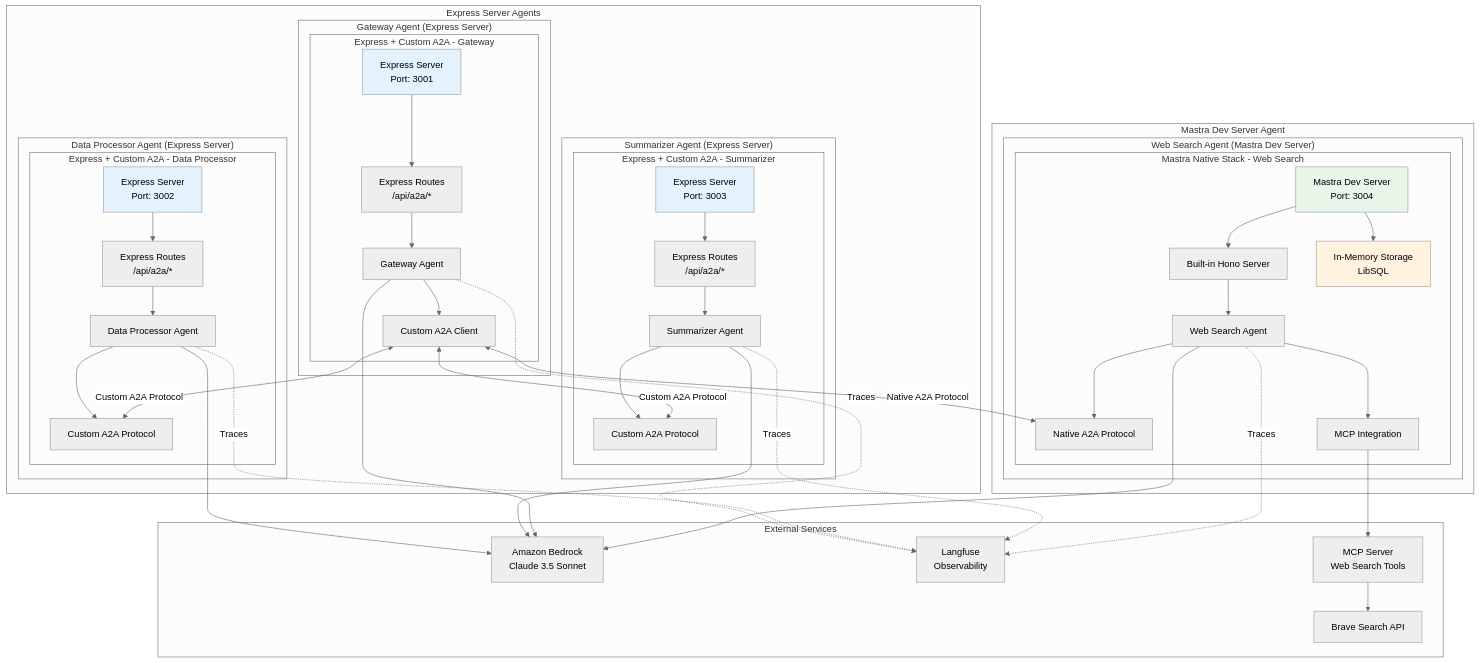
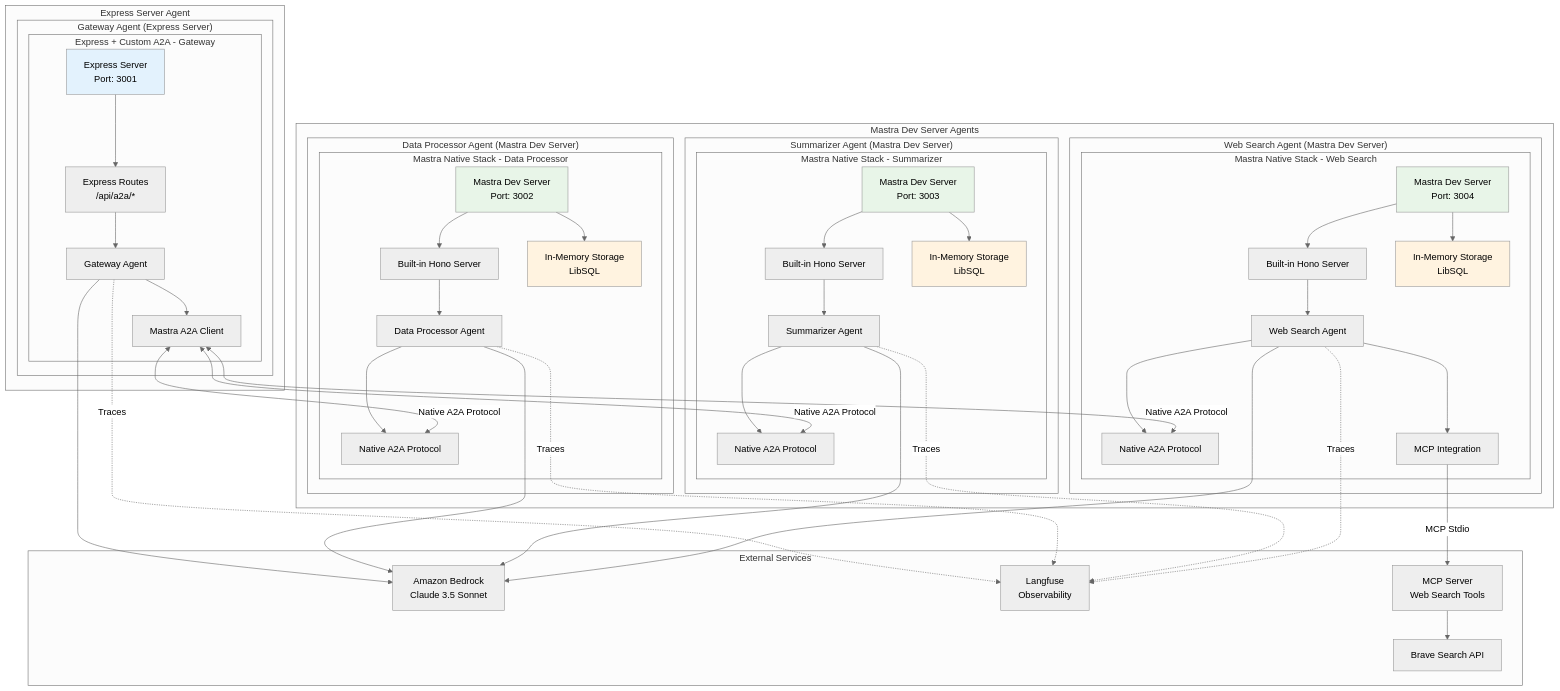
One commit to tubone24/a2a_mastra changed the first of 8 diagrams in README.md. Above: the diagram before and after it, drawn with Mermaid (neutral theme). The commit also changed other lines of this file, not shown here.

Commit message:
🔄 refactor(README.md): 現在の実装を更新し、エージェントのアーキテクチャを明確にする

````diff
--- a/README.md
+++ b/README.md
@@ -29,91 +29,84 @@
 ```mermaid
-graph TB
-    subgraph "Express Server Agents"
-        subgraph "Gateway Agent (Express Server)"
-            subgraph "Express + Custom A2A - Gateway"
-                GW_EXPRESS[Express Server<br/>Port: 3001]
-                GW_ROUTES[Express Routes<br/>/api/a2a/*]
-                GW_MASTRA_AGENT[Gateway Agent]
-                GW_CUSTOM_A2A[Custom A2A Client]
-            end
-            
-            GW_EXPRESS --> GW_ROUTES
-            GW_ROUTES --> GW_MASTRA_AGENT
-            GW_MASTRA_AGENT --> GW_CUSTOM_A2A
-        end
-        
-        subgraph "Data Processor Agent (Express Server)"
-            subgraph "Express + Custom A2A - Data Processor"
-                DP_EXPRESS[Express Server<br/>Port: 3002]
-                DP_ROUTES[Express Routes<br/>/api/a2a/*]
-                DP_AGENT[Data Processor Agent]
-                DP_CUSTOM_A2A[Custom A2A Protocol]
-            end
-            
-            DP_EXPRESS --> DP_ROUTES
-            DP_ROUTES --> DP_AGENT
-            DP_AGENT --> DP_CUSTOM_A2A
-        end
-        
-        subgraph "Summarizer Agent (Express Server)"
-            subgraph "Express + Custom A2A - Summarizer"
-                SM_EXPRESS[Express Server<br/>Port: 3003]
-                SM_ROUTES[Express Routes<br/>/api/a2a/*]
-                SM_AGENT[Summarizer Agent]
-                SM_CUSTOM_A2A[Custom A2A Protocol]
-            end
-            
-            SM_EXPRESS --> SM_ROUTES
-            SM_ROUTES --> SM_AGENT
-            SM_AGENT --> SM_CUSTOM_A2A
-        end
-    end
-    
-    subgraph "Mastra Dev Server Agent"
-        subgraph "Web Search Agent (Mastra Dev Server)"
-            subgraph "Mastra Native Stack - Web Search"
-                WS_MASTRA_DEV[Mastra Dev Server<br/>Port: 3004]
-                WS_MASTRA_HONO[Built-in Hono Server]
-                WS_MASTRA_AGENT[Web Search Agent]
-                WS_MASTRA_A2A[Native A2A Protocol]
-                WS_MASTRA_STORAGE[In-Memory Storage<br/>LibSQL]
-                WS_MCP_INTEGRATION[MCP Integration]
-            end
-            
-            WS_MASTRA_DEV --> WS_MASTRA_HONO
-            WS_MASTRA_HONO --> WS_MASTRA_AGENT
-            WS_MASTRA_AGENT --> WS_MASTRA_A2A
-            WS_MASTRA_AGENT --> WS_MCP_INTEGRATION
-            WS_MASTRA_DEV --> WS_MASTRA_STORAGE
-        end
-    end
-    
-    subgraph "External Services"
-        BEDROCK[Amazon Bedrock<br/>Claude 3.5 Sonnet]
-        LANGFUSE[Langfuse<br/>Observability]
-        BRAVE[Brave Search API]
-        MCP[MCP Server<br/>Web Search Tools]
-    end
-    
-    GW_CUSTOM_A2A <-->|Custom A2A Protocol| DP_CUSTOM_A2A
-    GW_CUSTOM_A2A <-->|Custom A2A Protocol| SM_CUSTOM_A2A
-    GW_CUSTOM_A2A <-->|Native A2A Protocol| WS_MASTRA_A2A
-    
-    DP_AGENT --> BEDROCK
-    SM_AGENT --> BEDROCK
-    GW_MASTRA_AGENT --> BEDROCK
-    WS_MASTRA_AGENT --> BEDROCK
-    WS_MCP_INTEGRATION --> MCP
-    MCP --> BRAVE
-    
-    GW_MASTRA_AGENT -.->|Traces| LANGFUSE
-    DP_AGENT -.->|Traces| LANGFUSE
-    SM_AGENT -.->|Traces| LANGFUSE
-    WS_MASTRA_AGENT -.->|Traces| LANGFUSE
-    
-    style GW_EXPRESS fill:#e3f2fd
-    style DP_EXPRESS fill:#e3f2fd
-    style SM_EXPRESS fill:#e3f2fd
-    style WS_MASTRA_DEV fill:#e8f5e8
-    style WS_MASTRA_STORAGE fill:#fff3e0
+flowchart TB
+   subgraph subGraph0["Express + Custom A2A - Gateway"]
+      GW_EXPRESS["Express Server<br>Port: 3001"]
+      GW_ROUTES["Express Routes<br>/api/a2a/*"]
+      GW_MASTRA_AGENT["Gateway Agent"]
+      GW_CUSTOM_A2A["Mastra A2A Client"]
+   end
+   subgraph subGraph1["Gateway Agent (Express Server)"]
+      subGraph0
+   end
+   subgraph subGraph2["Express Server Agent"]
+      subGraph1
+   end
+   subgraph subGraph3["Mastra Native Stack - Data Processor"]
+      DP_MASTRA_DEV["Mastra Dev Server<br>Port: 3002"]
+      DP_MASTRA_HONO["Built-in Hono Server"]
+      DP_MASTRA_AGENT["Data Processor Agent"]
+      DP_MASTRA_A2A["Native A2A Protocol"]
+      DP_MASTRA_STORAGE["In-Memory Storage<br>LibSQL"]
+   end
+   subgraph subGraph4["Data Processor Agent (Mastra Dev Server)"]
+      subGraph3
+   end
+   subgraph subGraph5["Mastra Native Stack - Summarizer"]
+      SM_MASTRA_DEV["Mastra Dev Server<br>Port: 3003"]
+      SM_MASTRA_HONO["Built-in Hono Server"]
+      SM_MASTRA_AGENT["Summarizer Agent"]
+      SM_MASTRA_A2A["Native A2A Protocol"]
+      SM_MASTRA_STORAGE["In-Memory Storage<br>LibSQL"]
+   end
+   subgraph subGraph6["Summarizer Agent (Mastra Dev Server)"]
+      subGraph5
+   end
+   subgraph subGraph7["Mastra Native Stack - Web Search"]
+      WS_MASTRA_DEV["Mastra Dev Server<br>Port: 3004"]
+      WS_MASTRA_HONO["Built-in Hono Server"]
+      WS_MASTRA_AGENT["Web Search Agent"]
+      WS_MASTRA_A2A["Native A2A Protocol"]
+      WS_MASTRA_STORAGE["In-Memory Storage<br>LibSQL"]
+      WS_MCP_INTEGRATION["MCP Integration"]
+   end
+   subgraph subGraph8["Web Search Agent (Mastra Dev Server)"]
+      subGraph7
+   end
+   subgraph subGraph9["Mastra Dev Server Agents"]
+      subGraph4
+      subGraph6
+      subGraph8
+   end
+   subgraph subGraph10["External Services"]
+      BEDROCK["Amazon Bedrock<br>Claude 3.5 Sonnet"]
+      LANGFUSE["Langfuse<br>Observability"]
+      BRAVE["Brave Search API"]
+      MCP["MCP Server<br>Web Search Tools"]
+   end
+   GW_EXPRESS --> GW_ROUTES
+   GW_ROUTES --> GW_MASTRA_AGENT
+   GW_MASTRA_AGENT --> GW_CUSTOM_A2A & BEDROCK
+   DP_MASTRA_DEV --> DP_MASTRA_HONO & DP_MASTRA_STORAGE
+   DP_MASTRA_HONO --> DP_MASTRA_AGENT
+   DP_MASTRA_AGENT --> DP_MASTRA_A2A & BEDROCK
+   SM_MASTRA_DEV --> SM_MASTRA_HONO & SM_MASTRA_STORAGE
+   SM_MASTRA_HONO --> SM_MASTRA_AGENT
+   SM_MASTRA_AGENT --> SM_MASTRA_A2A & BEDROCK
+   WS_MASTRA_DEV --> WS_MASTRA_HONO & WS_MASTRA_STORAGE
+   WS_MASTRA_HONO --> WS_MASTRA_AGENT
+   WS_MASTRA_AGENT --> WS_MASTRA_A2A & WS_MCP_INTEGRATION & BEDROCK
+   GW_CUSTOM_A2A <-- Native A2A Protocol --> DP_MASTRA_A2A & SM_MASTRA_A2A & WS_MASTRA_A2A
+   WS_MCP_INTEGRATION -- MCP Stdio --> MCP
+   MCP --> BRAVE
+   GW_MASTRA_AGENT -. Traces .-> LANGFUSE
+   DP_MASTRA_AGENT -. Traces .-> LANGFUSE
+   SM_MASTRA_AGENT -. Traces .-> LANGFUSE
+   WS_MASTRA_AGENT -. Traces .-> LANGFUSE
+
+   style GW_EXPRESS fill:#e3f2fd
+   style DP_MASTRA_DEV fill:#e8f5e8
+   style DP_MASTRA_STORAGE fill:#fff3e0
+   style SM_MASTRA_DEV fill:#e8f5e8
+   style SM_MASTRA_STORAGE fill:#fff3e0
+   style WS_MASTRA_DEV fill:#e8f5e8
+   style WS_MASTRA_STORAGE fill:#fff3e0
 ```
````
